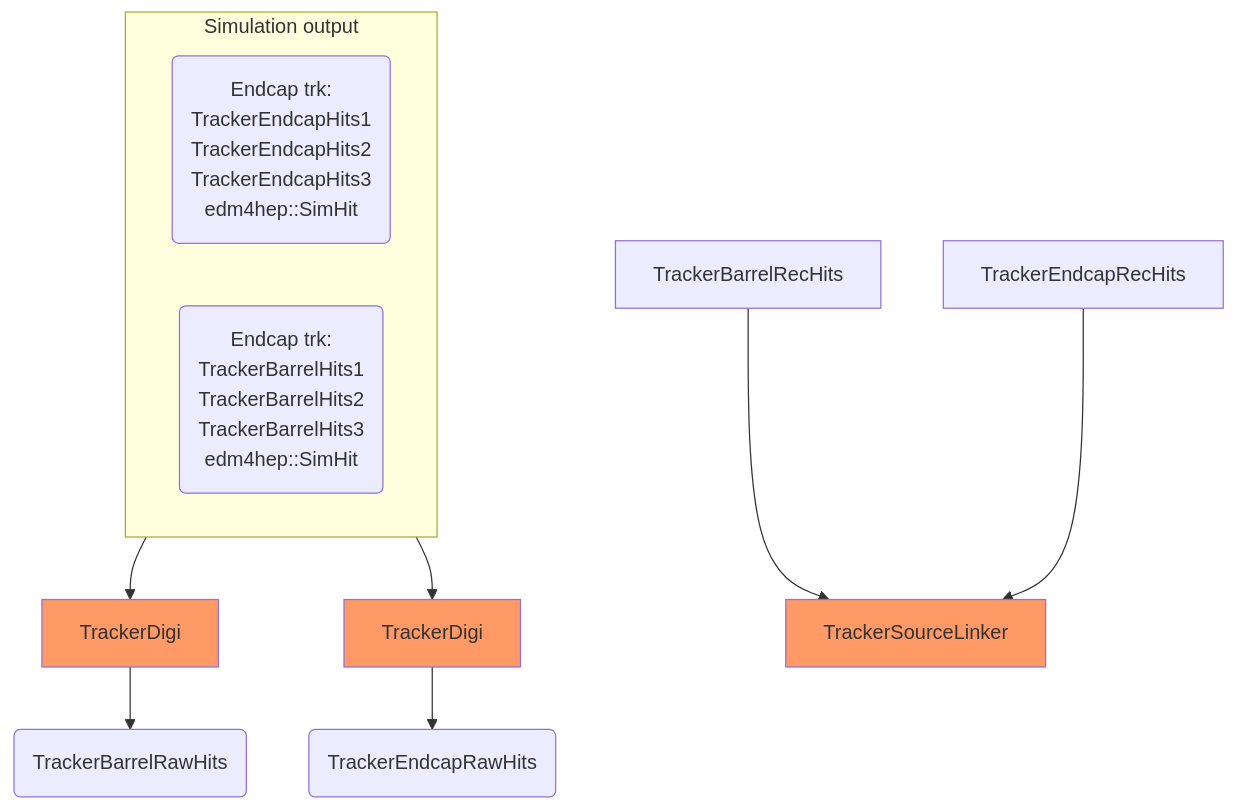
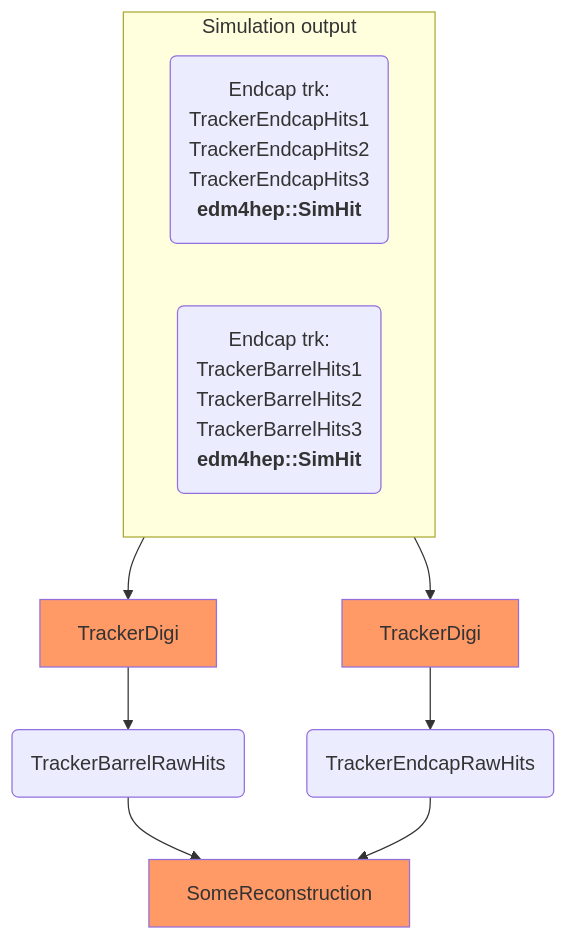
Before and after one commit to eic/EICrecon: the diagram in src/algorithms/jana/README.md, drawn with Mermaid.

````diff
--- a/src/algorithms/jana/README.md
+++ b/src/algorithms/jana/README.md
@@ -4,20 +4,20 @@
 ```mermaid
 flowchart TB
   classDef alg fill:#f96;
   subgraph Simulation output
     direction LR
-    tracker_endcap_collections(Endcap trk:<br />TrackerEndcapHits1<br/>TrackerEndcapHits2<br/>TrackerEndcapHits3<br/>edm4hep::SimHit)
-    tracker_barrel_collections(Endcap trk:<br />TrackerBarrelHits1<br/>TrackerBarrelHits2<br/>TrackerBarrelHits3<br/>edm4hep::SimHit)
+    tracker_endcap_collections(Endcap trk:<br />TrackerEndcapHits1<br/>TrackerEndcapHits2<br/>TrackerEndcapHits3<br/><strong>edm4hep::SimHit</strong>)
+    tracker_barrel_collections(Endcap trk:<br />TrackerBarrelHits1<br/>TrackerBarrelHits2<br/>TrackerBarrelHits3<br/><strong>edm4hep::SimHit</strong>)
   end
   
   tracker_barrel_collections --> TrackerDigi[TrackerDigi]:::alg
   TrackerDigi --> TrackerBarrelRawHits(TrackerBarrelRawHits)
     
   tracker_endcap_collections --> TrackerDigi2[TrackerDigi]:::alg
   TrackerDigi2 --> TrackerEndcapRawHits(TrackerEndcapRawHits)
   
-  TrackerSourceLinker[TrackerSourceLinker]:::alg
+  TrackerSourceLinker[SomeReconstruction]:::alg
   
-  TrackerBarrelRecHits --> TrackerSourceLinker
-  TrackerEndcapRecHits --> TrackerSourceLinker  
+  TrackerBarrelRawHits --> TrackerSourceLinker
+  TrackerEndcapRawHits --> TrackerSourceLinker  
 ```
````
